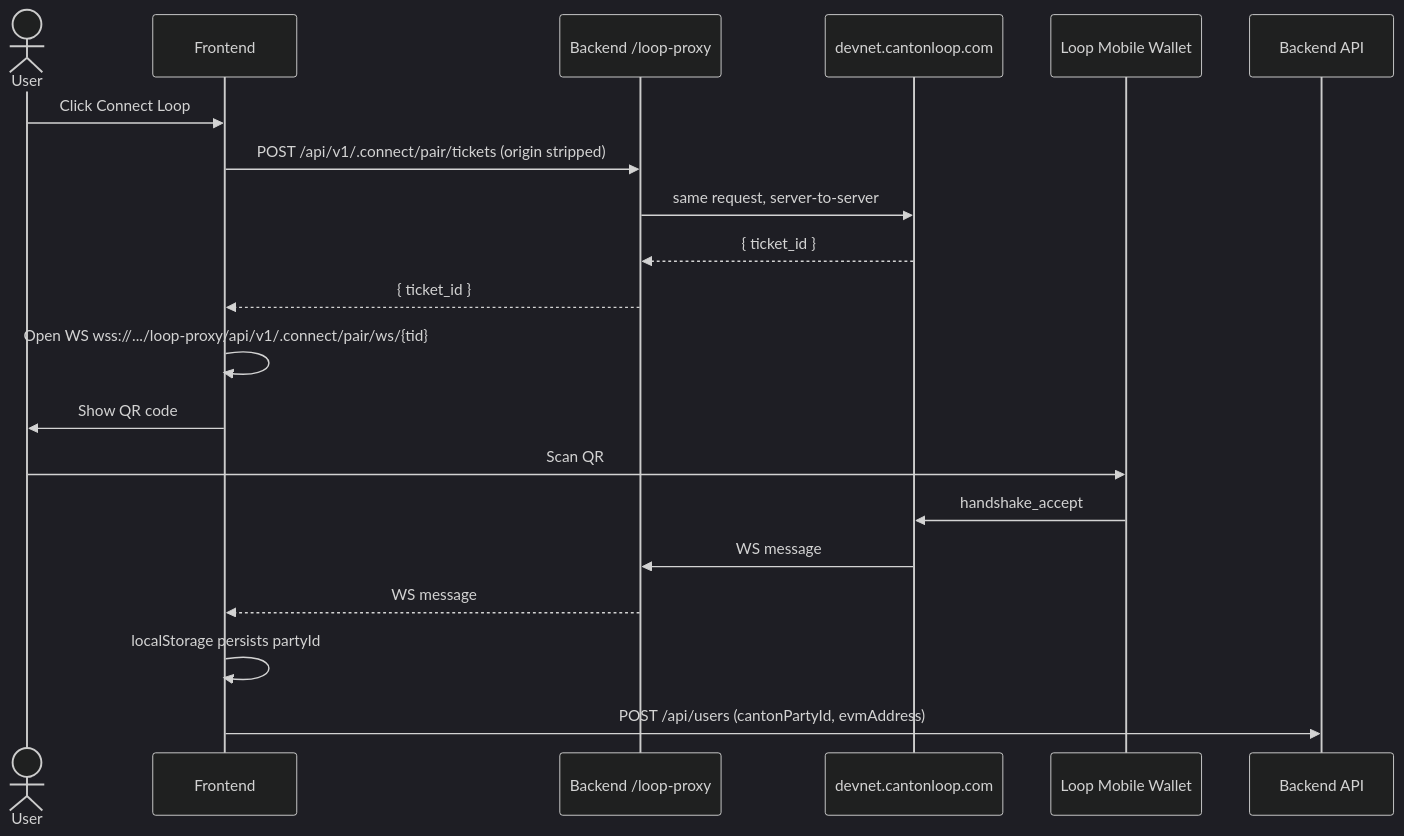
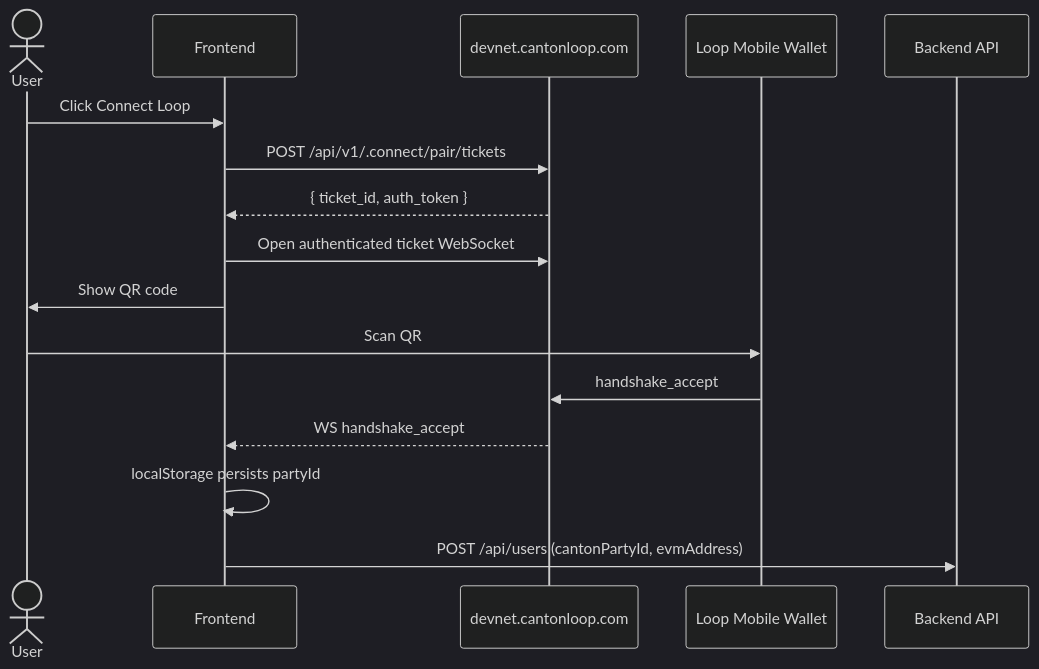
The fourth of 4 diagrams in README.md (PathrockNetwork/CantonStake), drawn with Mermaid (dark theme) before and after one commit. The commit also changed other lines of this file and 83 other files, not shown here.

````diff
--- a/README.md
+++ b/README.md
@@ -265,23 +269,19 @@
 ```mermaid
 sequenceDiagram
     actor User
     participant FE as Frontend
-    participant Proxy as Backend /loop-proxy
     participant LoopApi as devnet.cantonloop.com
     participant LMobile as Loop Mobile Wallet
     participant BE as Backend API
 
     User->>FE: Click Connect Loop
-    FE->>Proxy: POST /api/v1/.connect/pair/tickets (origin stripped)
-    Proxy->>LoopApi: same request, server-to-server
-    LoopApi-->>Proxy: { ticket_id }
-    Proxy-->>FE: { ticket_id }
-    FE->>FE: Open WS wss://.../loop-proxy/api/v1/.connect/pair/ws/{tid}
+    FE->>LoopApi: POST /api/v1/.connect/pair/tickets
+    LoopApi-->>FE: { ticket_id, auth_token }
+    FE->>LoopApi: Open authenticated ticket WebSocket
     FE->>User: Show QR code
     User->>LMobile: Scan QR
     LMobile->>LoopApi: handshake_accept
-    LoopApi->>Proxy: WS message
-    Proxy-->>FE: WS message
+    LoopApi-->>FE: WS handshake_accept
     FE->>FE: localStorage persists partyId
     FE->>BE: POST /api/users (cantonPartyId, evmAddress)
 ```
````
